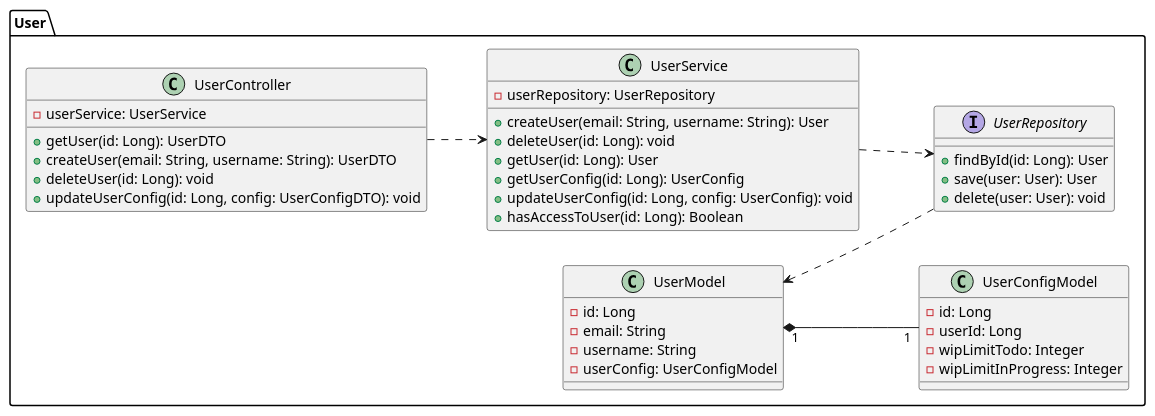
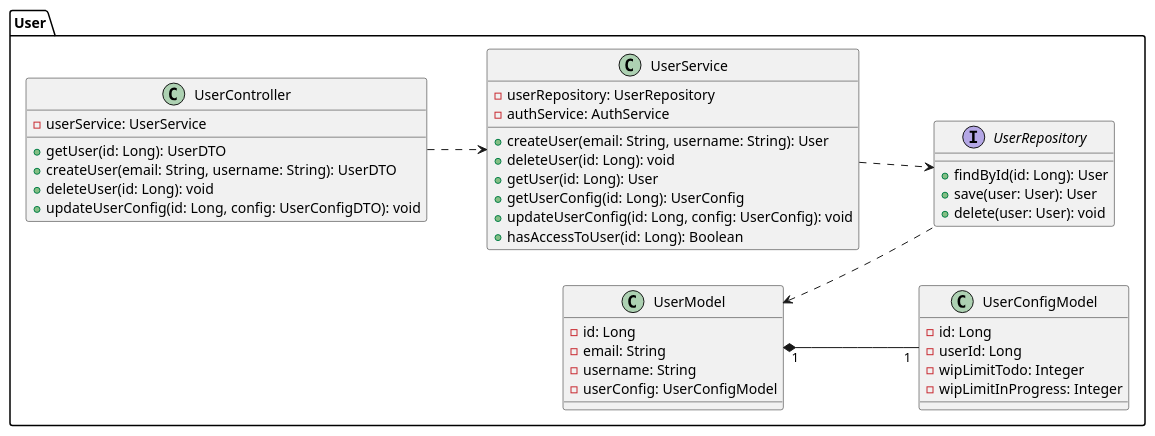
The diagram in UML/Class/User.puml (Dominik-Gubrynowicz/iu-ticket), drawn with PlantUML before and after one commit. The commit also changed 5 other files, not shown here.

Commit message:
feat: update diagrams to include session storage

```diff
--- a/UML/Class/User.puml
+++ b/UML/Class/User.puml
@@ -1,51 +1,52 @@
 @startuml Ticket Management System - Extended Class Diagram
 
 left to right direction
 
 package "User" {
 
   class UserController {
     -userService: UserService
     +getUser(id: Long): UserDTO
     +createUser(email: String, username: String): UserDTO
     +deleteUser(id: Long): void
     +updateUserConfig(id: Long, config: UserConfigDTO): void
   }
 
   class UserService {
     -userRepository: UserRepository
+    -authService: AuthService
     +createUser(email: String, username: String): User
     +deleteUser(id: Long): void
     +getUser(id: Long): User
     +getUserConfig(id: Long): UserConfig
     +updateUserConfig(id: Long, config: UserConfig): void
     +hasAccessToUser(id: Long): Boolean
   }
 
   interface UserRepository {
     +findById(id: Long): User
     +save(user: User): User
     +delete(user: User): void
   }
 
   class UserModel {
     -id: Long
     -email: String
     -username: String
     -userConfig: UserConfigModel
   }
 
   class UserConfigModel {
     -id: Long
     -userId: Long
     -wipLimitTodo: Integer
     -wipLimitInProgress: Integer
   }
 }
 
 UserModel "1" *-- "1" UserConfigModel
 UserModel <.. UserRepository
 UserService ..> UserRepository
 UserController ..> UserService
 
 @enduml
```
